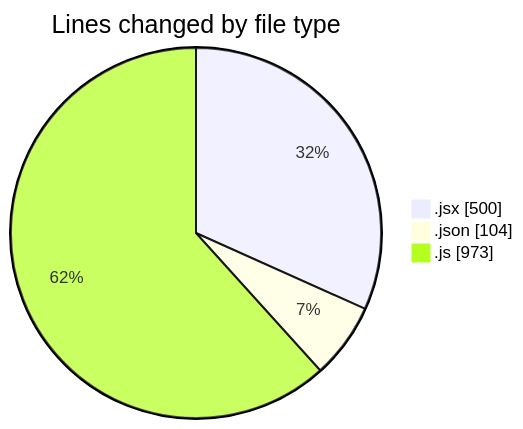
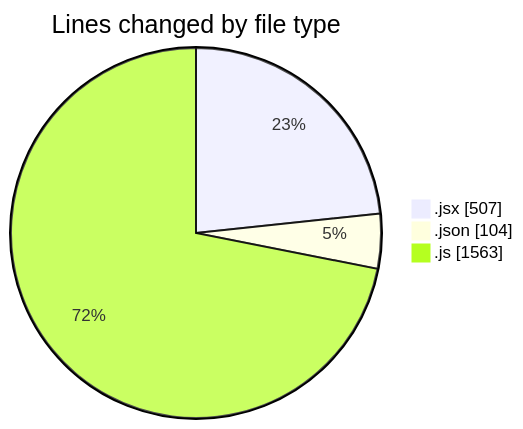
One commit to momahboobian/code-tracking changed the first of 2 diagrams in 2025-05-19/cda/README.md. Above: the diagram before and after it, drawn with Mermaid. The commit also changed other lines of this file and 1 other file, not shown here.

````diff
--- a/2025-05-19/cda/README.md
+++ b/2025-05-19/cda/README.md
@@ -25,7 +26,7 @@
 ```mermaid
 pie showData
 title Lines changed by file type
-".jsx" : 500
+".jsx" : 507
 ".json" : 104
-".js" : 973
+".js" : 1563
 ```
````
